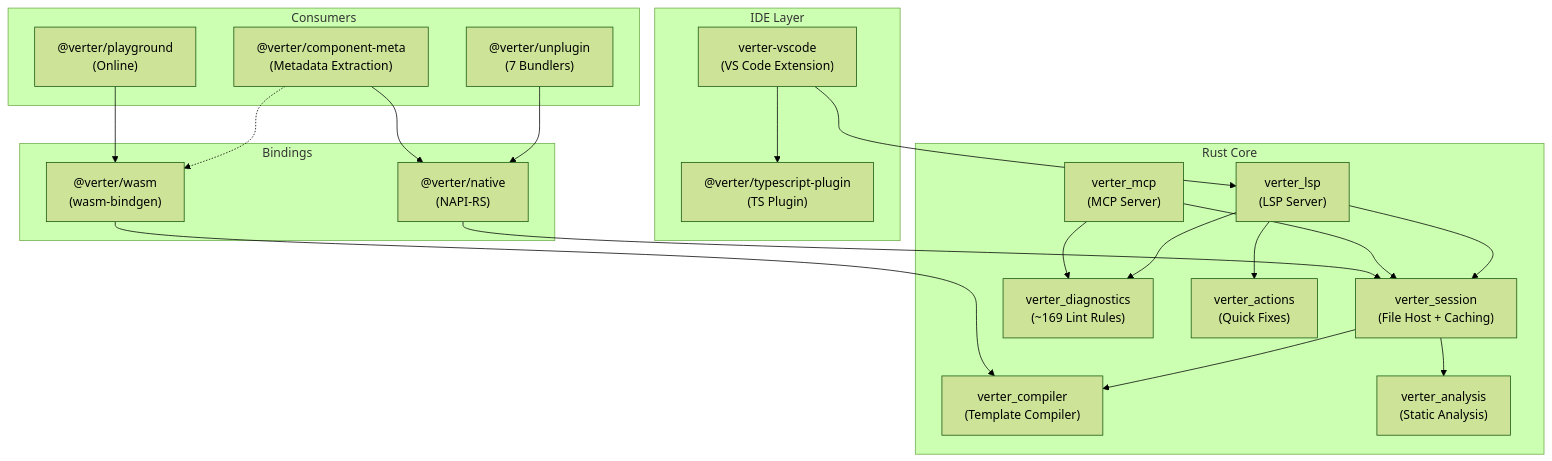
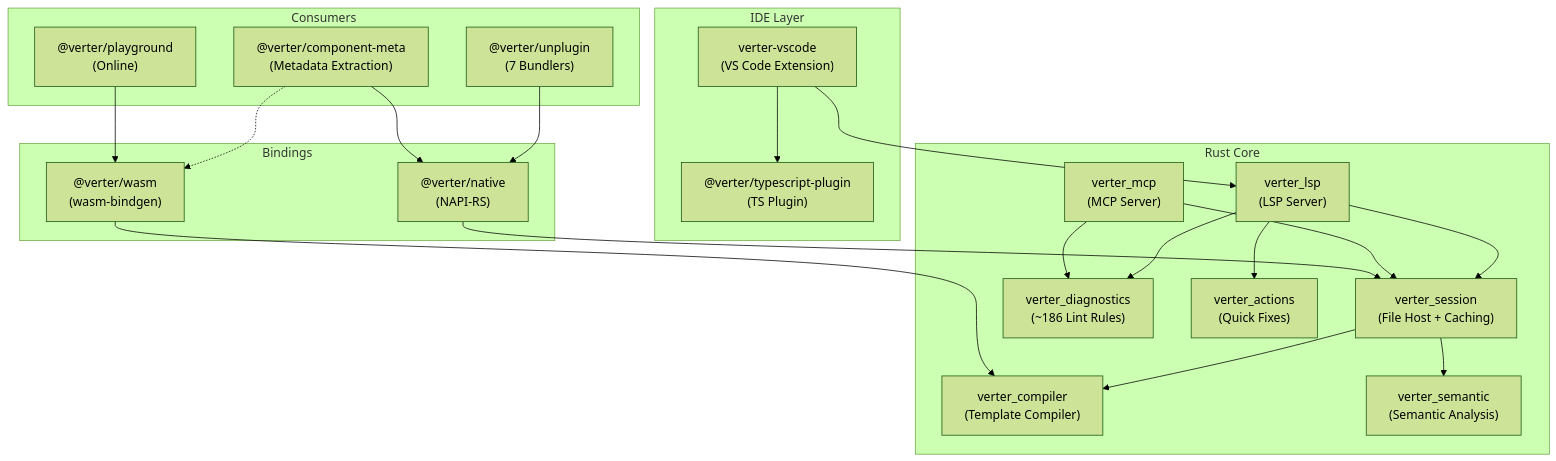
One commit to pikax/verter changed the first of 2 diagrams in readme.md. Above: the diagram before and after it, drawn with Mermaid (forest theme). The commit also changed other lines of this file and 10 other files, not shown here.

````diff
--- a/readme.md
+++ b/readme.md
@@ -161,44 +161,44 @@
 ```mermaid
 graph TB
     subgraph "IDE Layer"
         VSCode["verter-vscode<br/>(VS Code Extension)"]
         TSPlugin["@verter/typescript-plugin<br/>(TS Plugin)"]
     end
 
     subgraph "Rust Core"
         LSP["verter_lsp<br/>(LSP Server)"]
         MCP["verter_mcp<br/>(MCP Server)"]
         Host["verter_session<br/>(File Host + Caching)"]
         Compiler["verter_compiler<br/>(Template Compiler)"]
-        Analysis["verter_analysis<br/>(Static Analysis)"]
-        Diagnostics["verter_diagnostics<br/>(~169 Lint Rules)"]
+        Analysis["verter_semantic<br/>(Semantic Analysis)"]
+        Diagnostics["verter_diagnostics<br/>(~186 Lint Rules)"]
         Actions["verter_actions<br/>(Quick Fixes)"]
     end
 
     subgraph "Bindings"
         Native["@verter/native<br/>(NAPI-RS)"]
         WASM["@verter/wasm<br/>(wasm-bindgen)"]
     end
 
     subgraph "Consumers"
         Unplugin["@verter/unplugin<br/>(7 Bundlers)"]
         ComponentMeta["@verter/component-meta<br/>(Metadata Extraction)"]
         Playground["@verter/playground<br/>(Online)"]
     end
 
     VSCode --> LSP
     VSCode --> TSPlugin
     LSP --> Host
     MCP --> Host
     Host --> Compiler
     Host --> Analysis
     LSP --> Diagnostics
     LSP --> Actions
     MCP --> Diagnostics
     Native --> Host
     WASM --> Compiler
     Unplugin --> Native
     ComponentMeta --> Native
     ComponentMeta -.-> WASM
     Playground --> WASM
 ```
````
